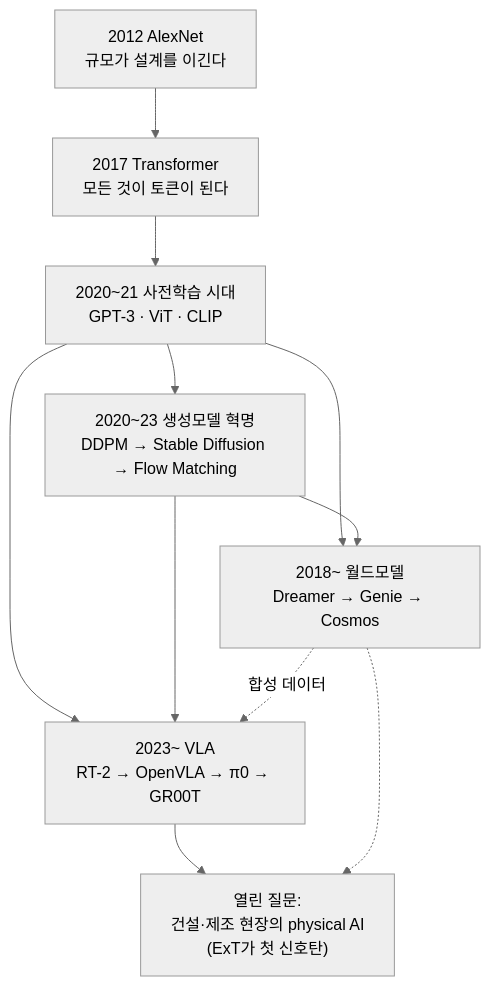
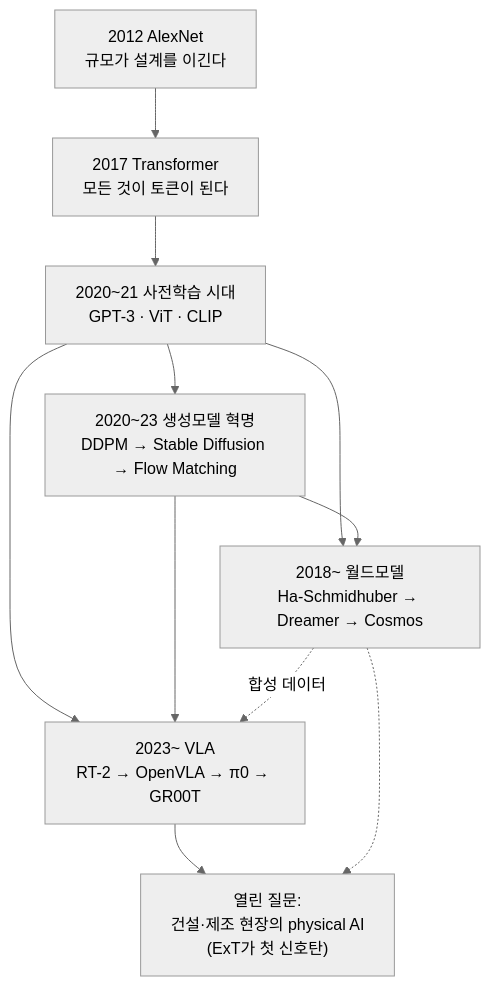
The seventh of 12 diagrams in content/03-deep-learning/lineage.md (jiseop-byeon/phd-wiki), drawn with Mermaid (neutral theme) before and after one commit. The commit also changed other lines of this file, not shown here.

````diff
--- a/content/03-deep-learning/lineage.md
+++ b/content/03-deep-learning/lineage.md
@@ -126,13 +128,13 @@
 ```mermaid
 graph TD
     A["2012 AlexNet<br/>규모가 설계를 이긴다"] --> B["2017 Transformer<br/>모든 것이 토큰이 된다"]
     B --> C["2020~21 사전학습 시대<br/>GPT-3 · ViT · CLIP"]
     C --> D["2020~23 생성모델 혁명<br/>DDPM → Stable Diffusion → Flow Matching"]
     C --> E["2023~ VLA<br/>RT-2 → OpenVLA → π0 → GR00T"]
     D --> E
-    C --> F["2018~ 월드모델<br/>Dreamer → Genie → Cosmos"]
+    C --> F["2018~ 월드모델<br/>Ha-Schmidhuber → Dreamer → Cosmos"]
     D --> F
     F -.합성 데이터.-> E
     E --> G["열린 질문:<br/>건설·제조 현장의 physical AI<br/>(ExT가 첫 신호탄)"]
     F -.-> G
 ```
````
